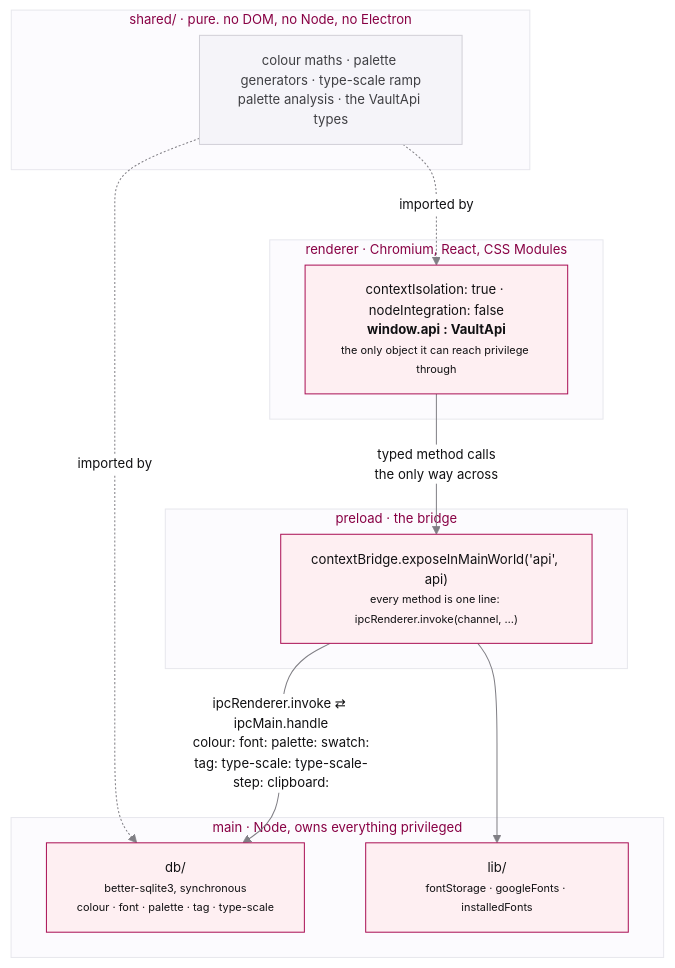
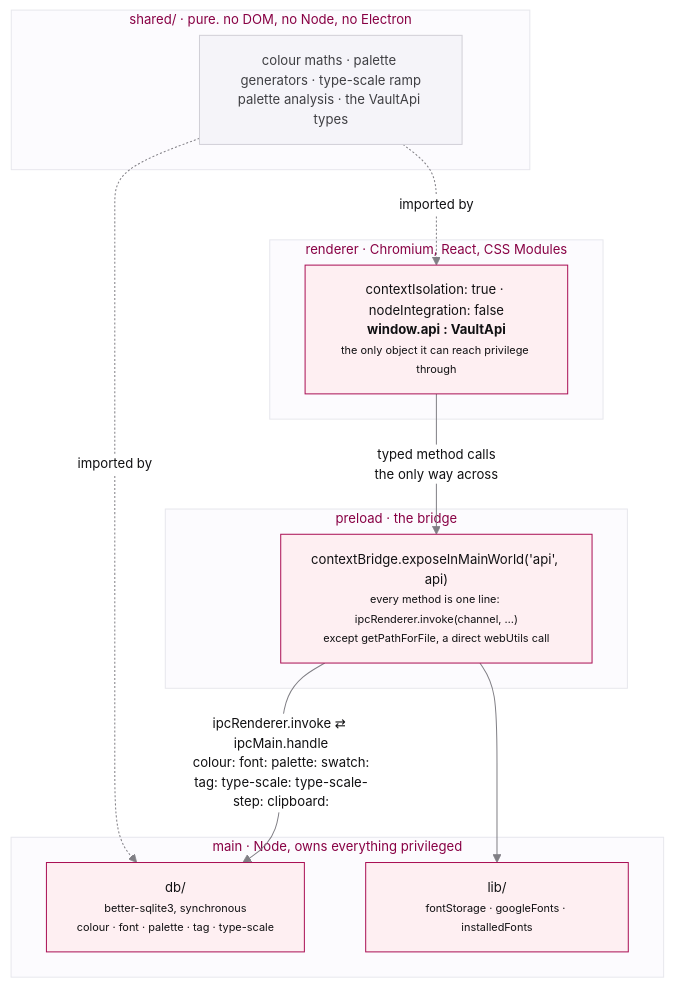
One commit to hipuku/vault changed the first of 3 diagrams in ARCHITECTURE.md. Above: the diagram before and after it, drawn with Mermaid. The commit also changed other lines of this file and 3 other files, not shown here.

````diff
--- a/ARCHITECTURE.md
+++ b/ARCHITECTURE.md
@@ -29,31 +29,31 @@
 ```mermaid
 %%{init: {'theme':'base','themeVariables':{'primaryColor':'#feeff2','primaryBorderColor':'#aa1055','primaryTextColor':'#111113','lineColor':'#807f85','secondaryColor':'#f5f4f9','tertiaryColor':'#ffffff','fontFamily':'Manrope, ui-sans-serif, system-ui','fontSize':'13px','clusterBkg':'#fcfbfe','clusterBorder':'#e7e7ed','titleColor':'#880044','edgeLabelBackground':'#ffffff'},'themeCSS':'background-color:#ffffff;border-radius:8px;'}}%%
 flowchart TB
     subgraph RENDERER ["renderer · Chromium, React, CSS Modules"]
         R["contextIsolation: true · nodeIntegration: false<br/><b>window.api : VaultApi</b><br/><small>the only object it can reach privilege through</small>"]
     end
 
     subgraph PRELOAD ["preload · the bridge"]
-        B["contextBridge.exposeInMainWorld('api', api)<br/><small>every method is one line: ipcRenderer.invoke(channel, …)</small>"]
+        B["contextBridge.exposeInMainWorld('api', api)<br/><small>every method is one line: ipcRenderer.invoke(channel, …)<br/>except getPathForFile, a direct webUtils call</small>"]
     end
 
     subgraph MAIN ["main · Node, owns everything privileged"]
         DB["db/<br/><small>better-sqlite3, synchronous</small><br/><small>colour · font · palette · tag · type-scale</small>"]
         LIB["lib/<br/><small>fontStorage · googleFonts · installedFonts</small>"]
     end
 
     subgraph SHARED ["shared/ · pure. no DOM, no Node, no Electron"]
         S["colour maths · palette generators · type-scale ramp<br/>palette analysis · the VaultApi types"]
     end
 
     R -- "typed method calls<br/>the only way across" --> B
     B -- "ipcRenderer.invoke ⇄ ipcMain.handle<br/>colour: font: palette: swatch:<br/>tag: type-scale: type-scale-step: clipboard:" --> DB
     B --> LIB
     S -. "imported by" .-> R
     S -. "imported by" .-> DB
 
     classDef box fill:#feeff2,stroke:#aa1055,color:#111113
     classDef pure fill:#f5f4f9,stroke:#d1d0d7,color:#3f3f43
     class R,B,DB,LIB box
     class S pure
 ```
````
